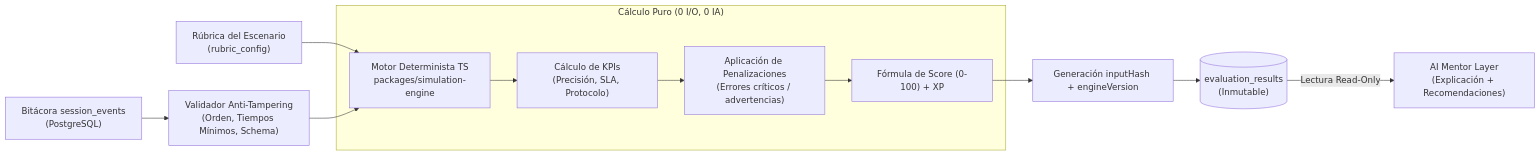
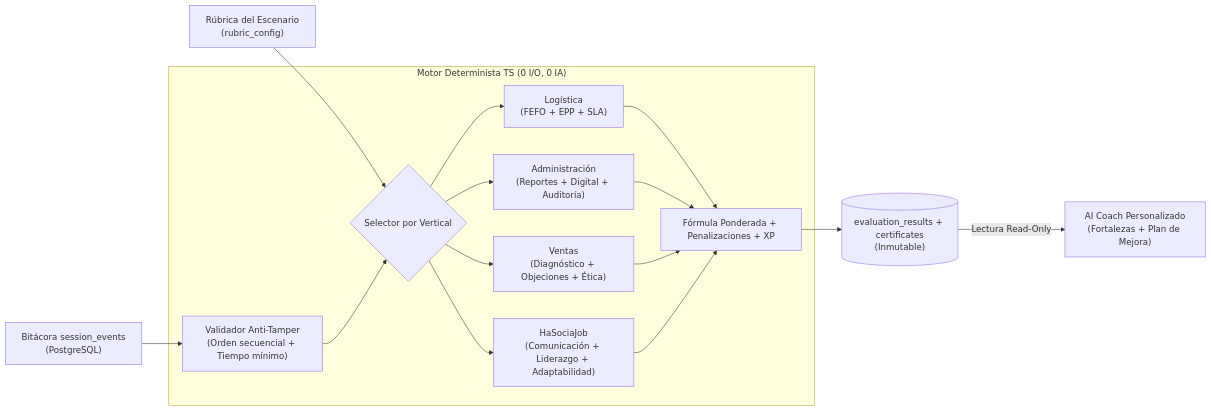
Before and after one commit to waxmorales/portal-job: the diagram in docs/ENGINE_AND_AI_SEPARATION.md, drawn with Mermaid. The commit also changed other lines of this file and 16 other files, not shown here.

Commit message:
feat(architecture): align PortalJob blueprint with Admin/Logistics/Sales, HaSociaJob, verifiable certificates, and financial roadmap

````diff
--- a/docs/ENGINE_AND_AI_SEPARATION.md
+++ b/docs/ENGINE_AND_AI_SEPARATION.md
@@ -18,16 +19,20 @@
 ```mermaid
 flowchart LR
-    EV["Bitácora session_events<br/>(PostgreSQL)"] --> VAL["Validador Anti-Tampering<br/>(Orden, Tiempos Mínimos, Schema)"]
+    EV["Bitácora session_events<br/>(PostgreSQL)"] --> VAL["Validador Anti-Tamper<br/>(Orden secuencial + Tiempo mínimo)"]
     RUB["Rúbrica del Escenario<br/>(rubric_config)"] --> ENG
-    VAL --> ENG["Motor Determinista TS<br/>packages/simulation-engine"]
 
-    subgraph PureTS["Cálculo Puro (0 I/O, 0 IA)"]
-        ENG --> KPI["Cálculo de KPIs<br/>(Precisión, SLA, Protocolo)"]
-        KPI --> PEN["Aplicación de Penalizaciones<br/>(Errores críticos / advertencias)"]
-        PEN --> XP["Fórmula de Score (0-100) + XP"]
+    subgraph PureEngine["Motor Determinista TS (0 I/O, 0 IA)"]
+        VAL --> ENG{"Selector por Vertical"}
+        ENG --> LOG["Logística<br/>(FEFO + EPP + SLA)"]
+        ENG --> ADM["Administración<br/>(Reportes + Digital + Auditoría)"]
+        ENG --> SLS["Ventas<br/>(Diagnóstico + Objeciones + Ética)"]
+        ENG --> HAS["HaSociaJob<br/>(Comunicación + Liderazgo + Adaptabilidad)"]
+        LOG --> SCORE["Fórmula Ponderada + Penalizaciones + XP"]
+        ADM --> SCORE
+        SLS --> SCORE
+        HAS --> SCORE
     end
 
-    XP --> HASH["Generación inputHash + engineVersion"]
-    HASH --> DB[("evaluation_results<br/>(Inmutable)")]
-    DB -->|"Lectura Read-Only"| AI["AI Mentor Layer<br/>(Explicación + Recomendaciones)"]
+    SCORE --> DB[("evaluation_results + certificates<br/>(Inmutable)")]
+    DB -->|"Lectura Read-Only"| AI["AI Coach Personalizado<br/>(Fortalezas + Plan de Mejora)"]
 ```
````
